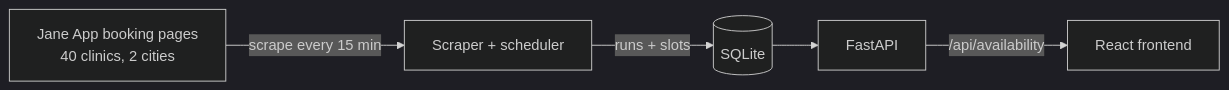
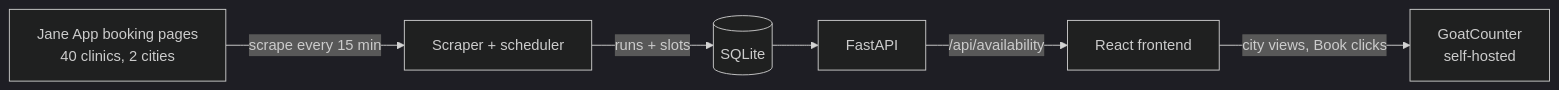
Before and after one commit to j-beckett/rmt-finder: the diagram in README.md, drawn with Mermaid (dark theme). The commit also changed other lines of this file and 9 other files, not shown here.

First line of the commit message:
Add GoatCounter frontend tracking for city views and Book clicks

````diff
--- a/README.md
+++ b/README.md
@@ -28,7 +28,8 @@
 ```mermaid
 flowchart LR
     J[Jane App booking pages<br/>40 clinics, 2 cities] -->|"scrape every 15 min"| S[Scraper + scheduler]
     S -->|"runs + slots"| DB[(SQLite)]
     DB --> API[FastAPI]
     API -->|"/api/availability"| FE[React frontend]
+    FE -->|"city views, Book clicks"| GC[GoatCounter<br/>self-hosted]
 ```
````
